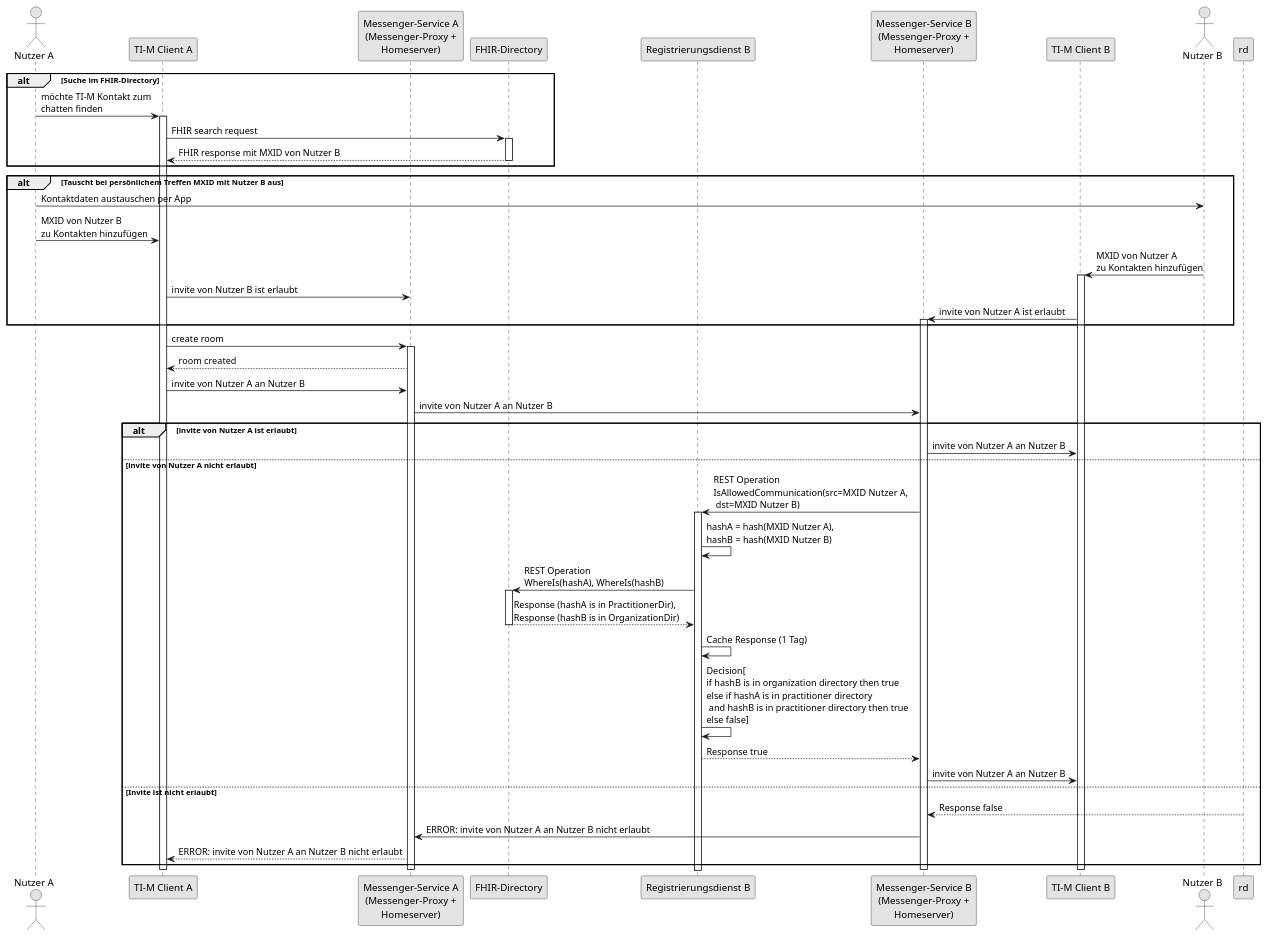
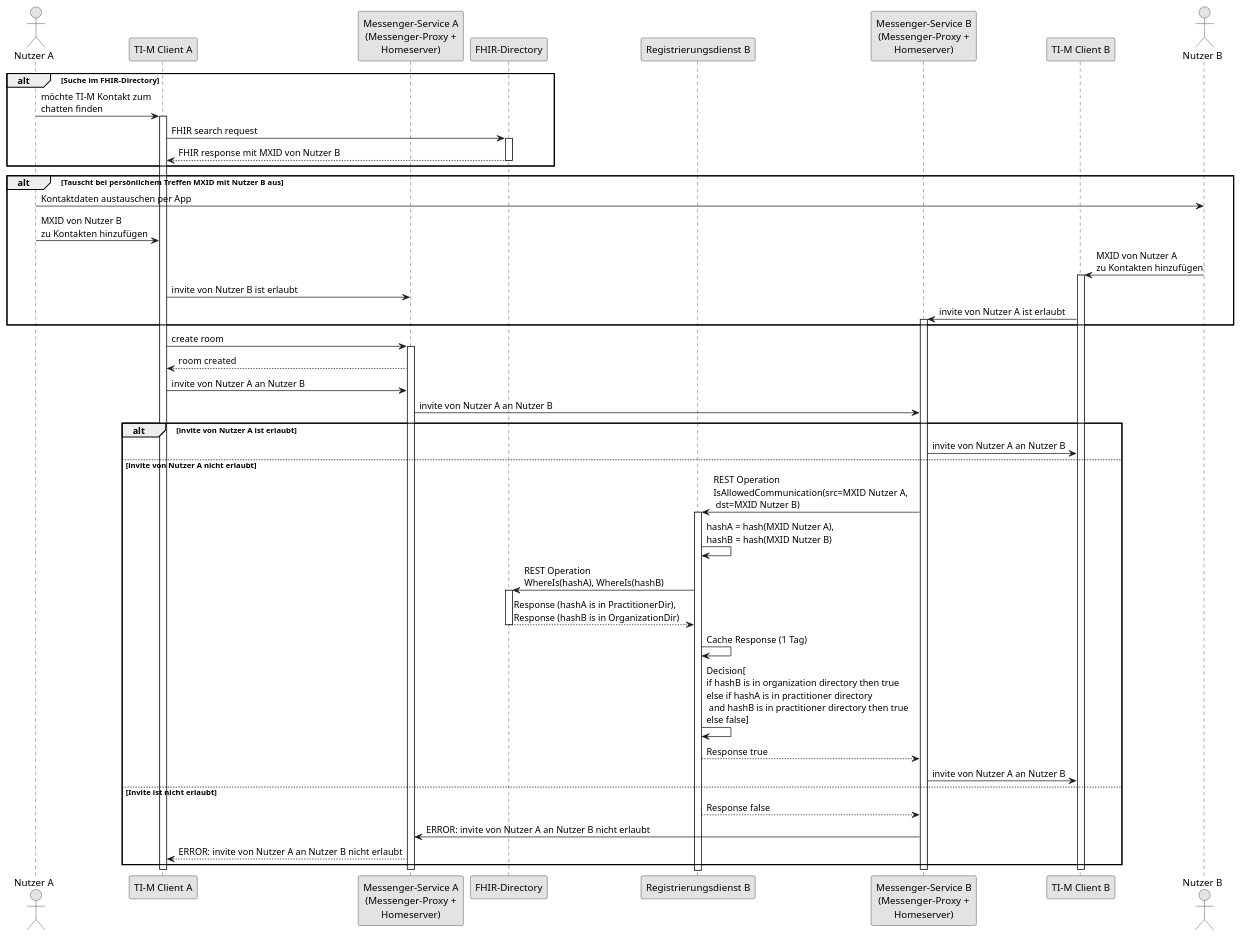
Before and after one commit to gematik/api-ti-messenger: the diagram in src/plantuml/architecture/Communication_control_without_PASSporT.puml, drawn with PlantUML.

```diff
--- a/src/plantuml/architecture/Communication_control_without_PASSporT.puml
+++ b/src/plantuml/architecture/Communication_control_without_PASSporT.puml
@@ -1,88 +1,88 @@
 @startuml TI-Messenger communication control without PASSporT
 /'
 Vorteile:
 - bessere Kompatibilität mit Matrix API
 - einfachere Architektur
 - keine Signaturprüfung von PASSporT im Messenger-Proxy
   - kein download von Signatur-, CA- und Root-Zertifikaten erforderlich (Schnittstelle und
     Spezifikation fehlen noch in aktueller Spec)
   - keine Abhängigkeit mehr zu PT Infrastructure
 - Bessere Latenz bei Suchen im FHIR-Dir
   - einheitliche Schnittstelle im FHIR-Dir für TIM und KIM 2.0
   - geringere Abhängigkeit vom FHIR-Dir
 - Ermöglicht TI 2.0 Zero Trust Architektur (Policy Decision Point (PDP) ist entweder in
   Registrierungsdienst integriert oder eigenständige Komponente, Policy Enforcement Point ist der Messenger-Proxy)
   - einfache Erweiterung um zusätzliche Policies im PDP möglich (z. B. für Versicherte)
   - Sicherheit von TIM wird durch TIM-Komponenten kontrolliert (und nicht durch das FHIR-Dir)
 - Bessere UX für Austausch von TI-M Adressen bei persönlichem Kontakt.
   - Austausch von TIM Adressen grundsätzlich auch remote möglich
 
 Was muss getan werden, um ohne PASSporTs auszukommen?
 - PASSporT aus der TI-M Spec entfernen
 - PASSporT aus der FHIR-Dir Spec entfernen
 - REST Operationen am Messenger-Proxy spezifizieren (invite von MXIDs erlauben und Erlaubnis widerrufen,
   Dauer der Erlaubnis als Parameter)
 - zusätzliche REST Operationen an I_TIM_Provider_Services
 - Erläuternde Beschreibung der Abläufe zwischen Messenger-Proxy und Registrierungsdienst
 '/
 skinparam dpi 100
 skinparam WrapWidth 200
 skinparam monochrome true
 
 actor a as "Nutzer A"
 participant cl as "TI-M Client A"
 participant mp as "Messenger-Service A\n(Messenger-Proxy +\nHomeserver)"
 participant fd as "FHIR-Directory"
 participant rdb as "Registrierungsdienst B"
 participant mpb as "Messenger-Service B\n(Messenger-Proxy +\nHomeserver)"
 participant clb as "TI-M Client B"
 actor b as "Nutzer B"
 
 alt Suche im FHIR-Directory
 a -> cl: möchte TI-M Kontakt zum\nchatten finden
 activate cl
 cl -> fd: FHIR search request
 activate fd
 fd --> cl: FHIR response mit MXID von Nutzer B
 deactivate fd
 end
 alt Tauscht bei persönlichem Treffen MXID mit Nutzer B aus
 a -> b: Kontaktdaten austauschen per App
 a -> cl: MXID von Nutzer B\nzu Kontakten hinzufügen
 b -> clb: MXID von Nutzer A\nzu Kontakten hinzufügen
 activate clb
 cl -> mp: invite von Nutzer B ist erlaubt
 clb -> mpb: invite von Nutzer A ist erlaubt
 activate mpb
 end
 cl -> mp: create room
 activate mp
 mp --> cl: room created
 
 ' Invite
 cl -> mp: invite von Nutzer A an Nutzer B
 mp -> mpb: invite von Nutzer A an Nutzer B
 alt invite von Nutzer A ist erlaubt
 mpb -> clb: invite von Nutzer A an Nutzer B
 else invite von Nutzer A nicht erlaubt
 mpb -> rdb: REST Operation\nIsAllowedCommunication(src=MXID Nutzer A,\n dst=MXID Nutzer B)
 activate rdb
 rdb -> rdb: hashA = hash(MXID Nutzer A),\nhashB = hash(MXID Nutzer B)
 rdb -> fd: REST Operation\nWhereIs(hashA), WhereIs(hashB)
 activate fd
 fd --> rdb: Response (hashA is in PractitionerDir),\nResponse (hashB is in OrganizationDir)
 deactivate fd
 rdb -> rdb: Cache Response (1 Tag)
 rdb -> rdb: Decision[\nif hashB is in organization directory then true\nelse if hashA is in practitioner directory\n and hashB is in practitioner directory then true\nelse false]
 rdb --> mpb: Response true
 mpb -> clb: invite von Nutzer A an Nutzer B
 else Invite ist nicht erlaubt
-rd --> mpb: Response false
+rdb --> mpb: Response false
 mpb -> mp: ERROR: invite von Nutzer A an Nutzer B nicht erlaubt
 mp --> cl: ERROR: invite von Nutzer A an Nutzer B nicht erlaubt
 end
 deactivate clb
 deactivate mpb
 deactivate mp
 deactivate cl
 @enduml
```
